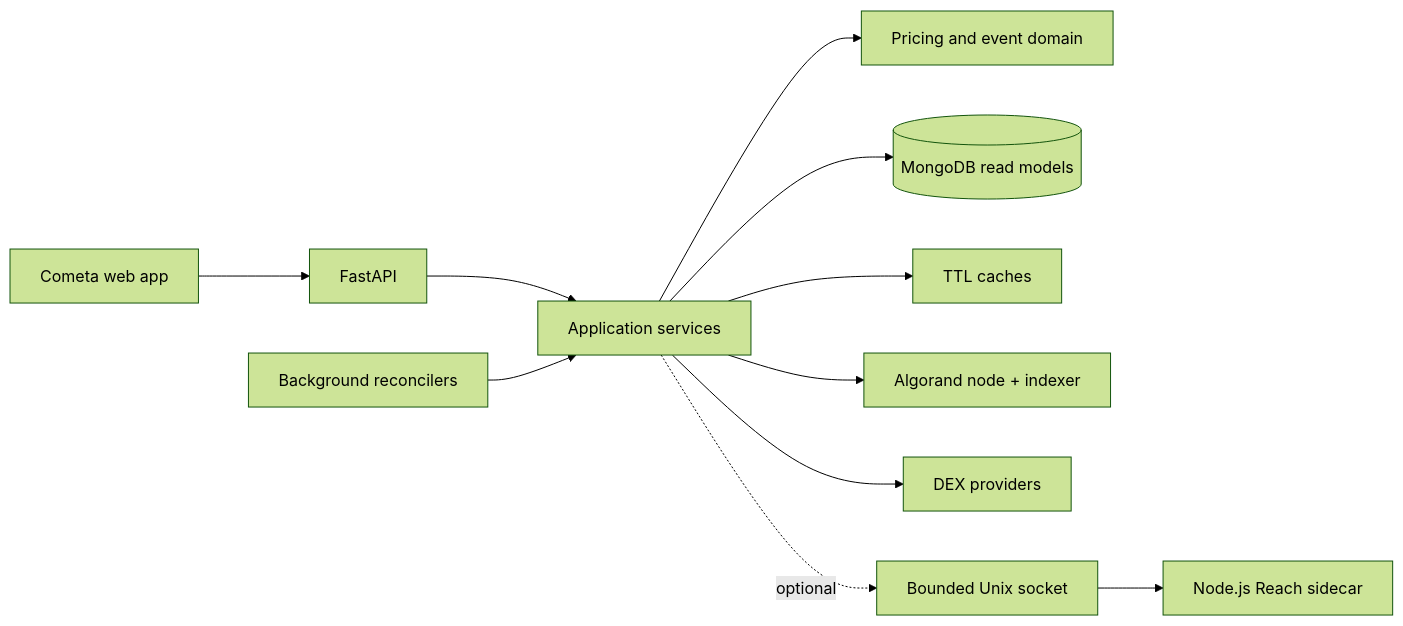
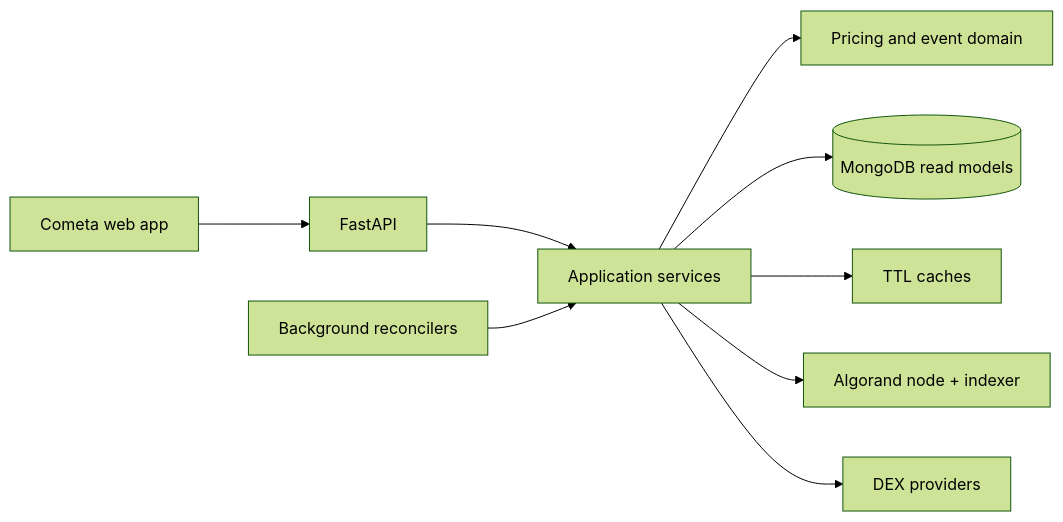
The diagram in README.md (MetaLabsOG/cometa-backend), drawn with Mermaid (forest theme) before and after one commit. The commit also changed other lines of this file and 4 other files, not shown here.

Commit message:
document Python-only backend architecture

````diff
--- a/README.md
+++ b/README.md
@@ -51,13 +52,11 @@
 ```mermaid
 flowchart LR
     UI[Cometa web app] --> API[FastAPI]
     API --> SVC[Application services]
     WORKERS[Background reconcilers] --> SVC
     SVC --> DOMAIN[Pricing and event domain]
     SVC --> MONGO[(MongoDB read models)]
     SVC --> CACHE[TTL caches]
     SVC --> CHAIN[Algorand node + indexer]
     SVC --> DEX[DEX providers]
-    SVC -. optional .-> SOCKET[Bounded Unix socket]
-    SOCKET --> NODE[Node.js Reach sidecar]
 ```
````
